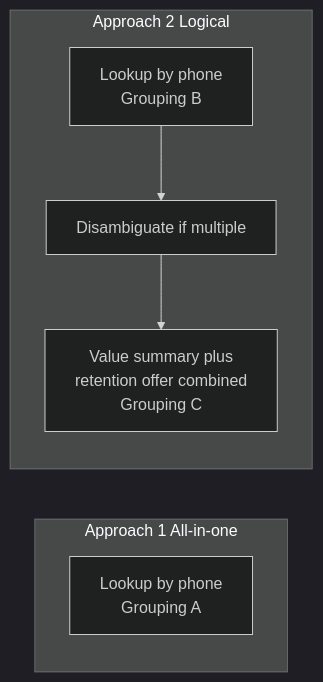
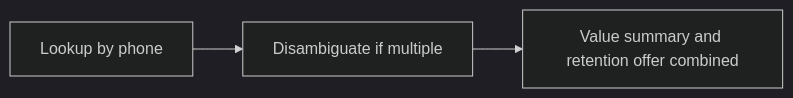
The first of 12 diagrams in Jax-Kar-Wash-API-Integration–Discussion-Document.md (HelloWash/Public), drawn with Mermaid (dark theme) before and after one commit. The commit also changed other lines of this file, not shown here.

````diff
--- a/Jax-Kar-Wash-API-Integration–Discussion-Document.md
+++ b/Jax-Kar-Wash-API-Integration–Discussion-Document.md
@@ -87,12 +83,7 @@
 ```mermaid
 flowchart LR
-    subgraph Approach1 [Approach 1 All-in-one]
-        A1["Lookup by phone<br/>Grouping A"]
-    end
-    subgraph Approach2 [Approach 2 Logical]
-        B1["Lookup by phone<br/>Grouping B"]
-        B2["Disambiguate if multiple"]
-        B3["Value summary plus<br/>retention offer combined<br/>Grouping C"]
-        B1 --> B2 --> B3
-    end
+    Step1["Lookup by phone"]
+    Step2["Disambiguate if multiple"]
+    Step3["Value summary and retention offer combined"]
+    Step1 --> Step2 --> Step3
 ```
````
